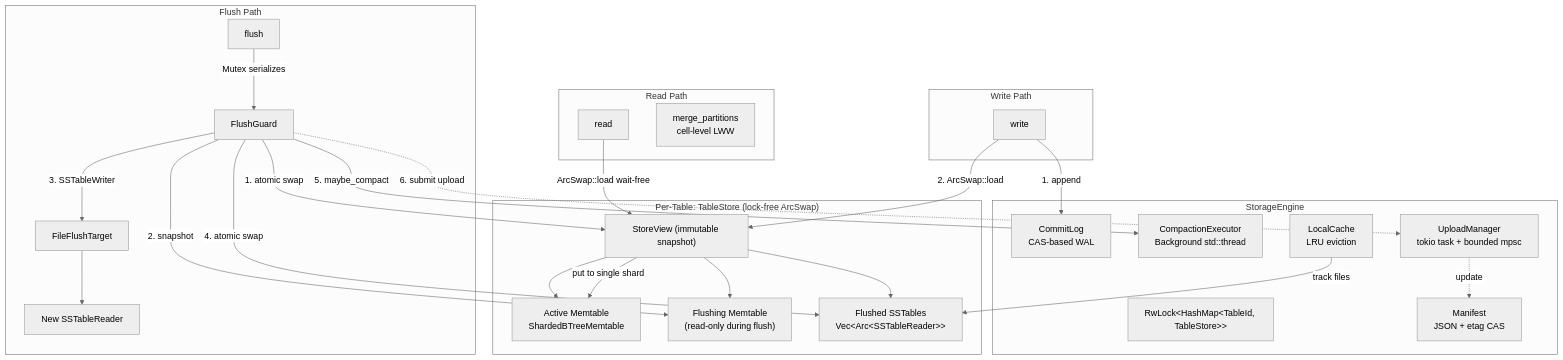
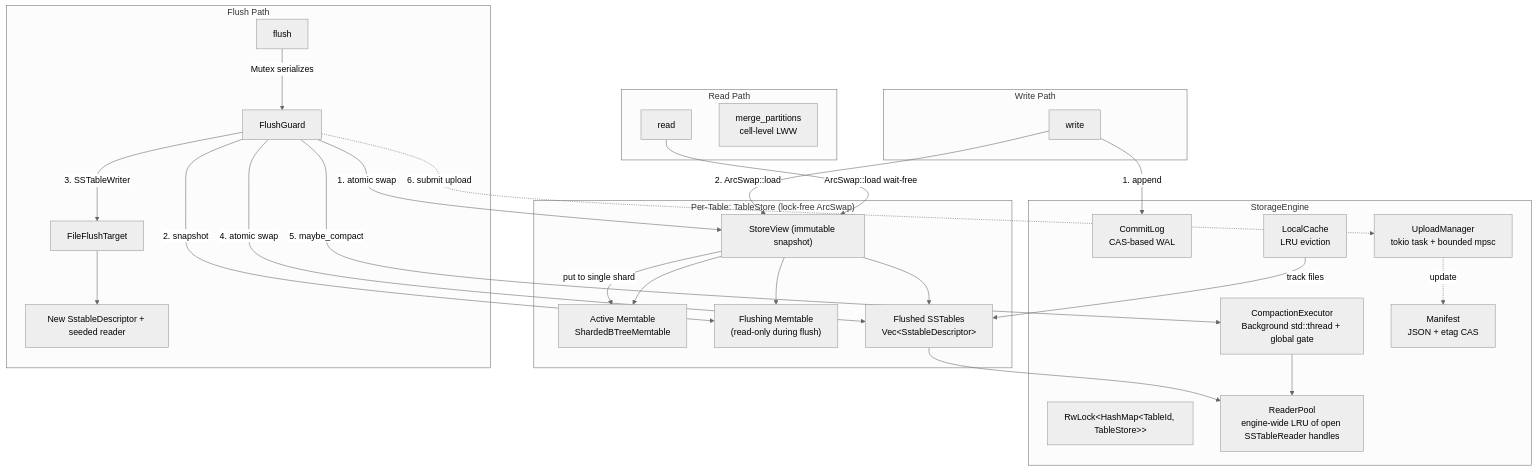
Before and after one commit to ferrosadb/ferrosa: the diagram in specs/storage.md, drawn with Mermaid (neutral theme). The commit also changed other lines of this file and 15 other files, not shown here.

````diff
--- a/specs/storage.md
+++ b/specs/storage.md
@@ -21,46 +21,49 @@
 ```mermaid
 graph TB
     subgraph "StorageEngine"
         CL["CommitLog<br/>CAS-based WAL"]
         Tables["RwLock&lt;HashMap&lt;TableId, TableStore&gt;&gt;"]
-        Compact["CompactionExecutor<br/>Background std::thread"]
+        Compact["CompactionExecutor<br/>Background std::thread + global gate"]
+        ReaderPool["ReaderPool<br/>engine-wide LRU of open SSTableReader handles"]
         Upload["UploadManager<br/>tokio task + bounded mpsc"]
         Cache["LocalCache<br/>LRU eviction"]
         Manifest["Manifest<br/>JSON + etag CAS"]
     end
 
     subgraph "Per-Table: TableStore (lock-free ArcSwap)"
         View["StoreView (immutable snapshot)"]
         Active["Active Memtable<br/>ShardedBTreeMemtable"]
         Flushing["Flushing Memtable<br/>(read-only during flush)"]
-        SSTables["Flushed SSTables<br/>Vec&lt;Arc&lt;SSTableReader&gt;&gt;"]
+        SSTables["Flushed SSTables<br/>Vec&lt;SstableDescriptor&gt;"]
     end
 
     subgraph "Write Path"
         W[write] -->|1. append| CL
         W -->|2. ArcSwap::load| View
         View -->|put to single shard| Active
     end
 
     subgraph "Read Path"
         R[read] -->|ArcSwap::load wait-free| View
         View --> Active
         View --> Flushing
         View --> SSTables
+        SSTables --> ReaderPool
         Merge[merge_partitions<br/>cell-level LWW]
     end
 
     subgraph "Flush Path"
         F[flush] -->|Mutex serializes| FlushGuard
         FlushGuard -->|1. atomic swap| View
         FlushGuard -->|2. snapshot| Flushing
         FlushGuard -->|3. SSTableWriter| FT[FileFlushTarget]
-        FT --> NewSST[New SSTableReader]
+        FT --> NewSST[New SstableDescriptor + seeded reader]
         FlushGuard -->|4. atomic swap| SSTables
         FlushGuard -->|5. maybe_compact| Compact
         FlushGuard -.->|6. submit upload| Upload
     end
 
     Upload -.->|update| Manifest
     Cache -->|track files| SSTables
+    Compact --> ReaderPool
 ```
````
